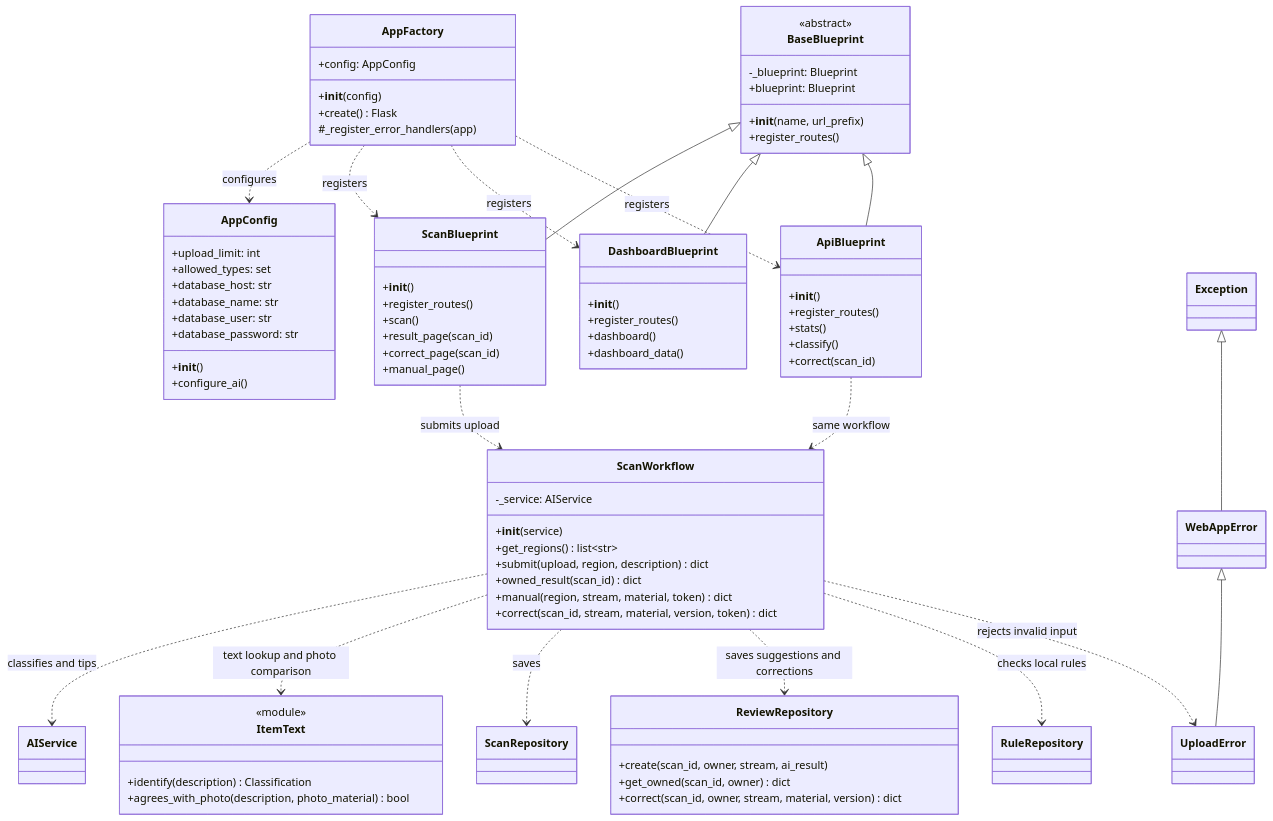
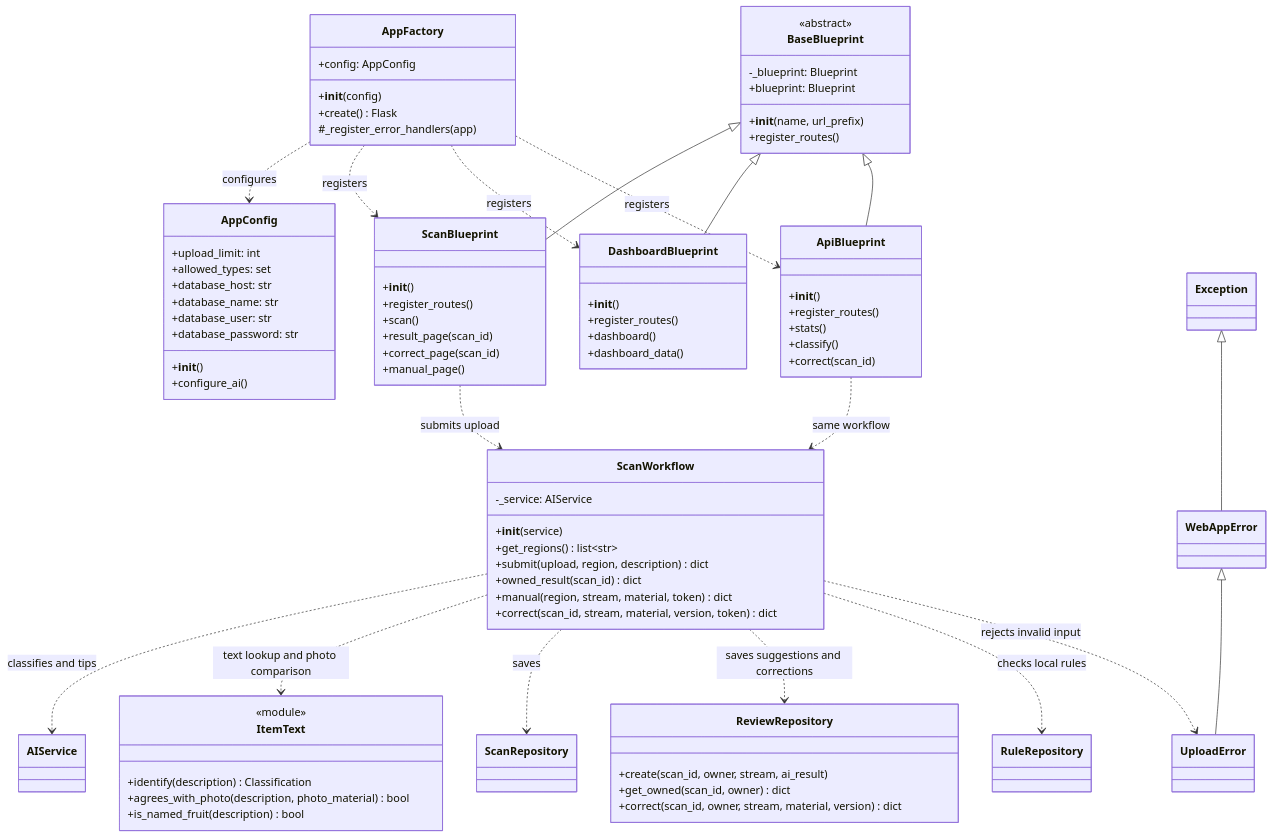
One commit to Timmyy3000/waste-sorting-assistant changed the ninth of 11 diagrams in README.md. Above: the diagram before and after it, drawn with Mermaid. The commit also changed other lines of this file and 13 other files, not shown here.

Commit message:
feat: auto-route named fruit and display raw photo match scores

```diff
--- a/README.md
+++ b/README.md
@@ -579,6 +595,7 @@
         <<module>>
         +identify(description) Classification
         +agrees_with_photo(description, photo_material) bool
+        +is_named_fruit(description) bool
     }
     class DashboardBlueprint {
         +__init__()
```
